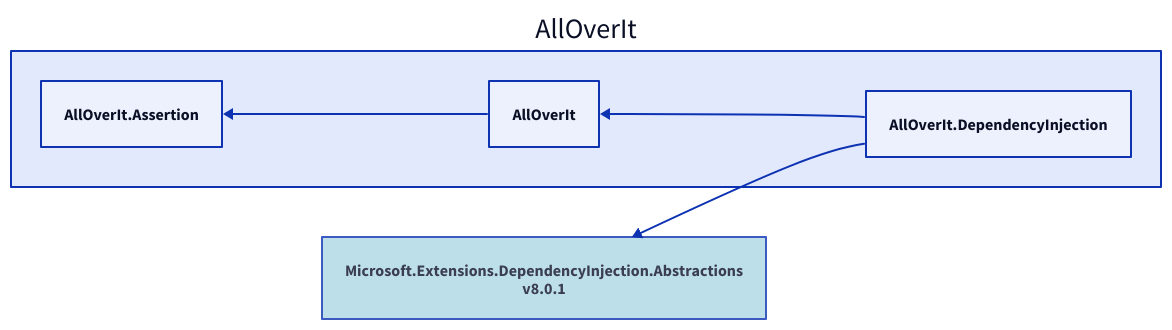
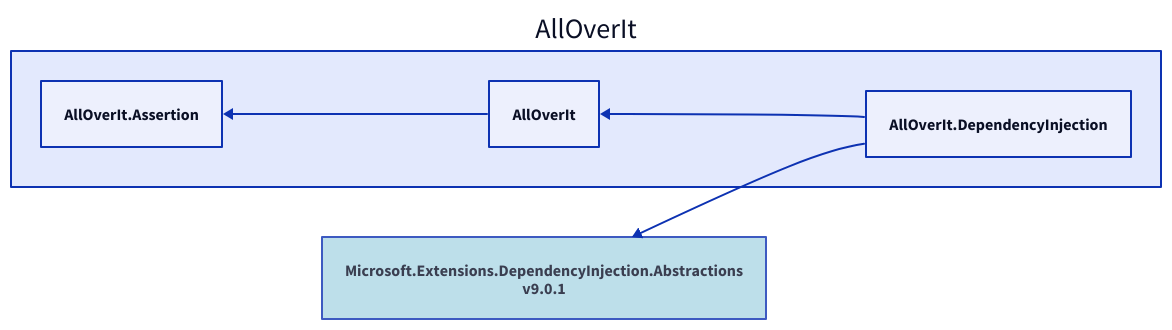
The diagram in Docs/Reference/Content/images/dependencies/net8.0/alloverit-dependencyinjection.d2 (mjfreelancing/AllOverIt), drawn with D2 before and after one commit. The commit also changed 111 other files, not shown here.

```diff
--- a/Docs/Reference/Content/images/dependencies/net8.0/alloverit-dependencyinjection.d2
+++ b/Docs/Reference/Content/images/dependencies/net8.0/alloverit-dependencyinjection.d2
@@ -1,12 +1,12 @@
 direction: left
 
 aoi: AllOverIt
 aoi.alloverit-dependencyinjection: AllOverIt.DependencyInjection
-microsoft-extensions-dependencyinjection-abstractions_8-0-1: Microsoft.Extensions.DependencyInjection.Abstractions\nv8.0.1
-microsoft-extensions-dependencyinjection-abstractions_8-0-1.style.fill: "#ADD8E6"
-microsoft-extensions-dependencyinjection-abstractions_8-0-1.style.opacity: 0.8
-microsoft-extensions-dependencyinjection-abstractions_8-0-1 <- aoi.alloverit-dependencyinjection
+microsoft-extensions-dependencyinjection-abstractions_9-0-1: Microsoft.Extensions.DependencyInjection.Abstractions\nv9.0.1
+microsoft-extensions-dependencyinjection-abstractions_9-0-1.style.fill: "#ADD8E6"
+microsoft-extensions-dependencyinjection-abstractions_9-0-1.style.opacity: 0.8
+microsoft-extensions-dependencyinjection-abstractions_9-0-1 <- aoi.alloverit-dependencyinjection
 aoi.alloverit: AllOverIt
 aoi.alloverit-assertion: AllOverIt.Assertion
 aoi.alloverit-assertion <- aoi.alloverit
 aoi.alloverit <- aoi.alloverit-dependencyinjection
```
